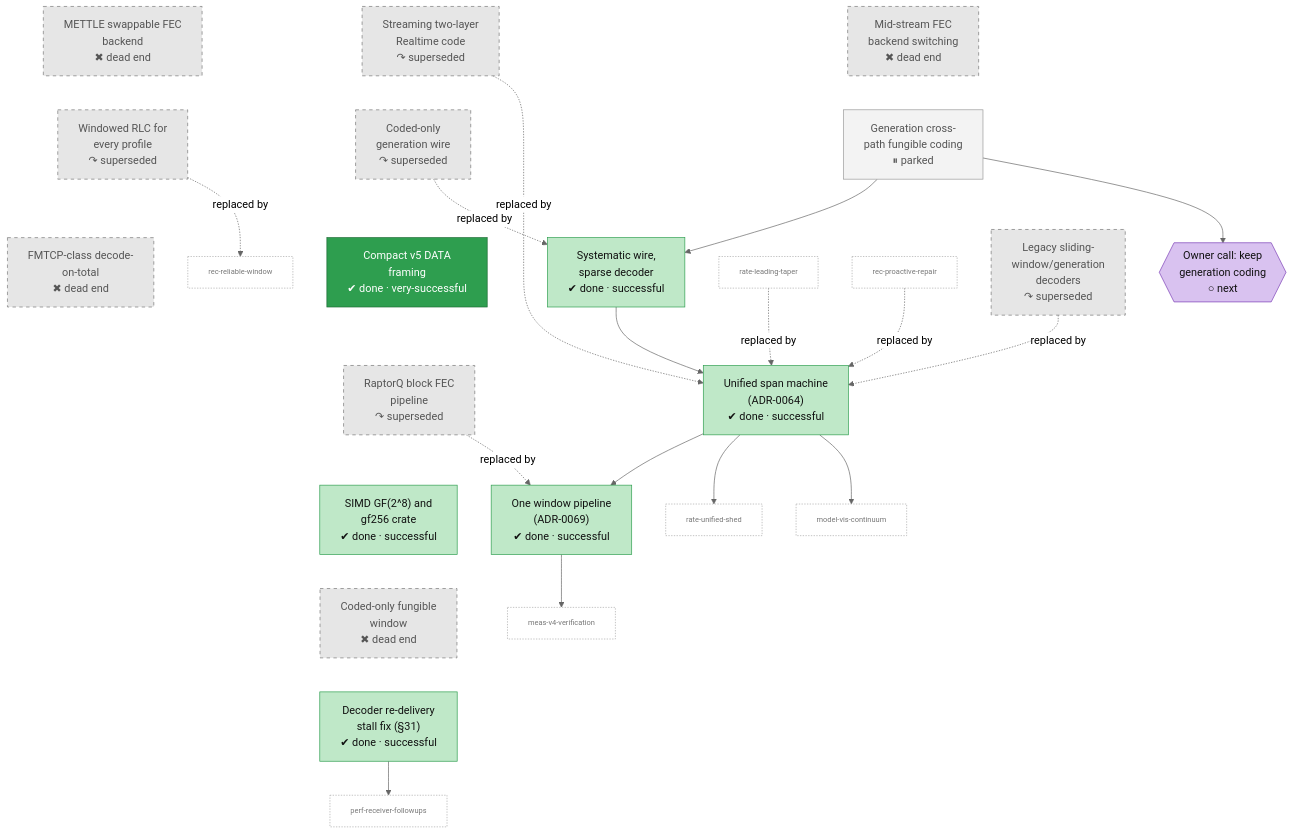
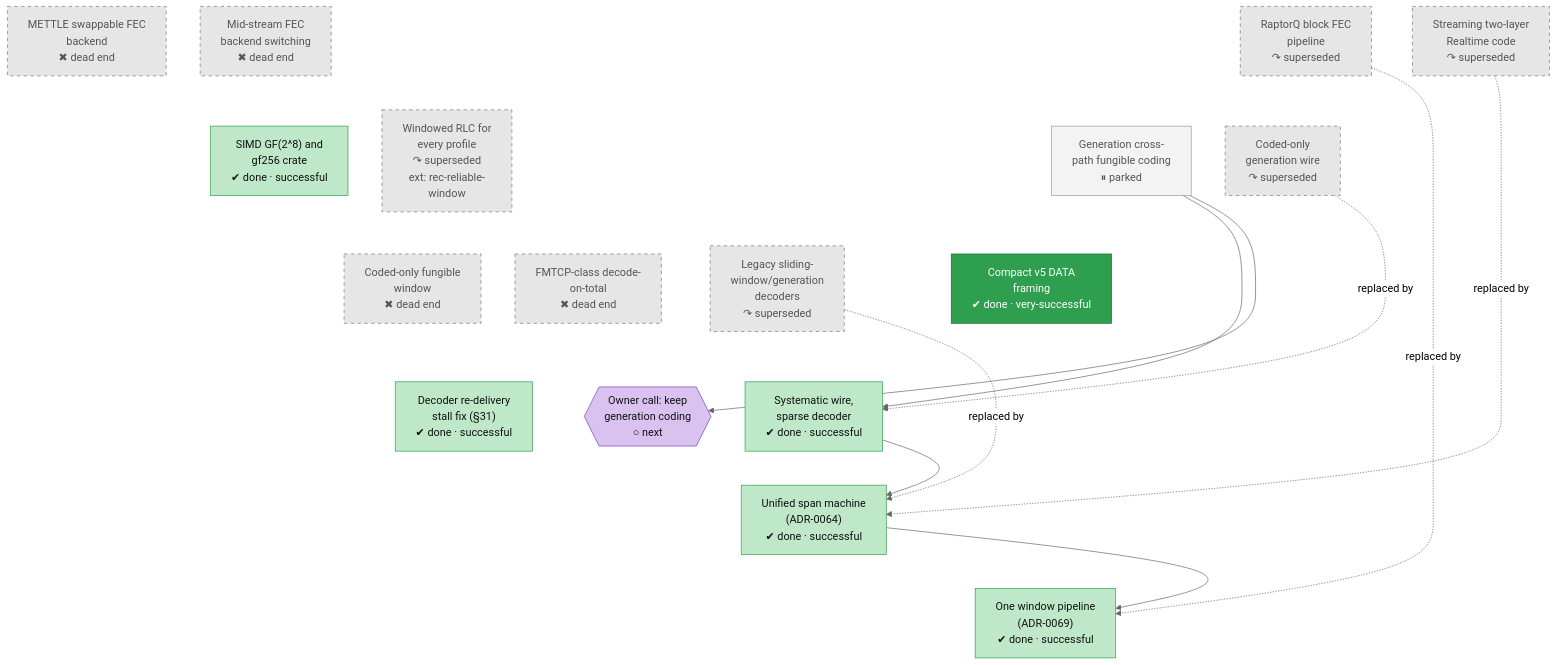
One commit to lhns/raptorpath changed the fourth of 14 diagrams in docs/roadmap.md. Above: the diagram before and after it, drawn with Mermaid (neutral theme). The commit also changed other lines of this file and 1 other file, not shown here.

Commit message:
roadmap: 228 nodes - law-ledger fix order folded in, waiting vs running, owner-request coverage, dates from merges; regenerated on the portrait layout

````diff
--- a/docs/roadmap.md
+++ b/docs/roadmap.md
@@ -622,7 +695,7 @@
     cod_backend_switch["Mid-stream FEC<br/>backend switching<br/>✖ dead end"]
     cod_streaming_code["Streaming two-layer<br/>Realtime code<br/>↷ superseded"]
     cod_gf256_simd["SIMD GF(2^8) and<br/>gf256 crate<br/>✔ done · successful"]
-    cod_rlc_all_profiles["Windowed RLC for<br/>every profile<br/>↷ superseded"]
+    cod_rlc_all_profiles["Windowed RLC for<br/>every profile<br/>↷ superseded<br/>ext: rec-reliable-<br/>window"]
     cod_generation_coding["Generation cross-<br/>path fungible coding<br/>⏸ parked"]
     cod_coded_only_wire["Coded-only<br/>generation wire<br/>↷ superseded"]
     cod_systematic_wire["Systematic wire,<br/>sparse decoder<br/>✔ done · successful"]
@@ -635,35 +708,60 @@
     cod_debug_stall["Decoder re-delivery<br/>stall fix (#167;31)<br/>✔ done · successful"]
     cod_user_generation_seat{{"Owner call: keep<br/>generation coding<br/>○ next"}}
     cod_block_pipeline ~~~ cod_gf256_simd
+    cod_block_pipeline ~~~ cod_rlc_all_profiles
+    cod_block_pipeline ~~~ cod_generation_coding
+    cod_block_pipeline ~~~ cod_coded_only_wire
+    cod_mettle ~~~ cod_gf256_simd
     cod_mettle ~~~ cod_rlc_all_profiles
+    cod_mettle ~~~ cod_generation_coding
+    cod_mettle ~~~ cod_coded_only_wire
+    cod_backend_switch ~~~ cod_gf256_simd
+    cod_backend_switch ~~~ cod_rlc_all_profiles
     cod_backend_switch ~~~ cod_generation_coding
+    cod_backend_switch ~~~ cod_coded_only_wire
+    cod_streaming_code ~~~ cod_gf256_simd
+    cod_streaming_code ~~~ cod_rlc_all_profiles
+    cod_streaming_code ~~~ cod_generation_coding
     cod_streaming_code ~~~ cod_coded_only_wire
     cod_gf256_simd ~~~ cod_fungible_window
+    cod_gf256_simd ~~~ cod_fmtcp
+    cod_gf256_simd ~~~ cod_legacy_rlc
+    cod_gf256_simd ~~~ cod_wire_compact
+    cod_rlc_all_profiles ~~~ cod_fungible_window
     cod_rlc_all_profiles ~~~ cod_fmtcp
+    cod_rlc_all_profiles ~~~ cod_legacy_rlc
+    cod_rlc_all_profiles ~~~ cod_wire_compact
+    cod_generation_coding ~~~ cod_fungible_window
+    cod_generation_coding ~~~ cod_fmtcp
     cod_generation_coding ~~~ cod_legacy_rlc
+    cod_generation_coding ~~~ cod_wire_compact
+    cod_coded_only_wire ~~~ cod_fungible_window
+    cod_coded_only_wire ~~~ cod_fmtcp
+    cod_coded_only_wire ~~~ cod_legacy_rlc
     cod_coded_only_wire ~~~ cod_wire_compact
     cod_fungible_window ~~~ cod_debug_stall
-    x_meas_v4_verification["meas-v4-verification"]
-    x_model_vis_continuum["model-vis-continuum"]
-    x_perf_receiver_followups["perf-receiver-followups"]
-    x_rate_leading_taper["rate-leading-taper"]
-    x_rate_unified_shed["rate-unified-shed"]
-    x_rec_proactive_repair["rec-proactive-repair"]
-    x_rec_reliable_window["rec-reliable-window"]
+    cod_fungible_window ~~~ cod_systematic_wire
+    cod_fungible_window ~~~ cod_user_generation_seat
+    cod_fmtcp ~~~ cod_debug_stall
+    cod_fmtcp ~~~ cod_systematic_wire
+    cod_fmtcp ~~~ cod_user_generation_seat
+    cod_legacy_rlc ~~~ cod_debug_stall
+    cod_legacy_rlc ~~~ cod_systematic_wire
+    cod_legacy_rlc ~~~ cod_user_generation_seat
+    cod_wire_compact ~~~ cod_debug_stall
+    cod_wire_compact ~~~ cod_systematic_wire
+    cod_wire_compact ~~~ cod_user_generation_seat
+    cod_debug_stall ~~~ cod_unified_span
+    cod_systematic_wire ~~~ cod_unified_span
+    cod_user_generation_seat ~~~ cod_unified_span
+    cod_unified_span ~~~ cod_one_pipeline
     cod_block_pipeline -.->|replaced by| cod_one_pipeline
     cod_streaming_code -.->|replaced by| cod_unified_span
-    cod_rlc_all_profiles -.->|replaced by| x_rec_reliable_window
     cod_coded_only_wire -.->|replaced by| cod_systematic_wire
     cod_generation_coding --> cod_systematic_wire
     cod_legacy_rlc -.->|replaced by| cod_unified_span
     cod_systematic_wire --> cod_unified_span
     cod_unified_span --> cod_one_pipeline
-    x_rec_proactive_repair -.->|replaced by| cod_unified_span
-    x_rate_leading_taper -.->|replaced by| cod_unified_span
-    cod_unified_span --> x_rate_unified_shed
-    cod_debug_stall --> x_perf_receiver_followups
-    cod_one_pipeline --> x_meas_v4_verification
-    cod_unified_span --> x_model_vis_continuum
     cod_generation_coding --> cod_user_generation_seat
     classDef vsucc fill:#2e9e4f,stroke:#1b6b34,color:#fff
     classDef succ fill:#bfe8c8,stroke:#2e9e4f,color:#111
@@ -677,11 +775,10 @@
     classDef unrated fill:#fff,stroke:#333,stroke-dasharray:1 3,color:#111
     classDef userdec fill:#d9c2f0,stroke:#7b3fb5,color:#111
     classDef defect fill:#ffe0b2,stroke:#d84315,stroke-width:2px,color:#111
-    classDef stub fill:#fff,stroke:#aaa,stroke-dasharray:2 2,color:#777,font-size:11px
+    classDef waiting fill:#e3f2fd,stroke:#1f6fc5,stroke-dasharray:5 5,color:#111
     class cod_block_pipeline,cod_mettle,cod_backend_switch,cod_streaming_code,cod_rlc_all_profiles,cod_coded_only_wire,cod_fungible_window,cod_fmtcp,cod_legacy_rlc dead
     class cod_gf256_simd,cod_systematic_wire,cod_unified_span,cod_one_pipeline,cod_debug_stall succ
     class cod_generation_coding parked
     class cod_wire_compact vsucc
     class cod_user_generation_seat userdec
-    class x_meas_v4_verification,x_model_vis_continuum,x_perf_receiver_followups,x_rate_leading_taper,x_rate_unified_shed,x_rec_proactive_repair,x_rec_reliable_window stub
 ```
````
